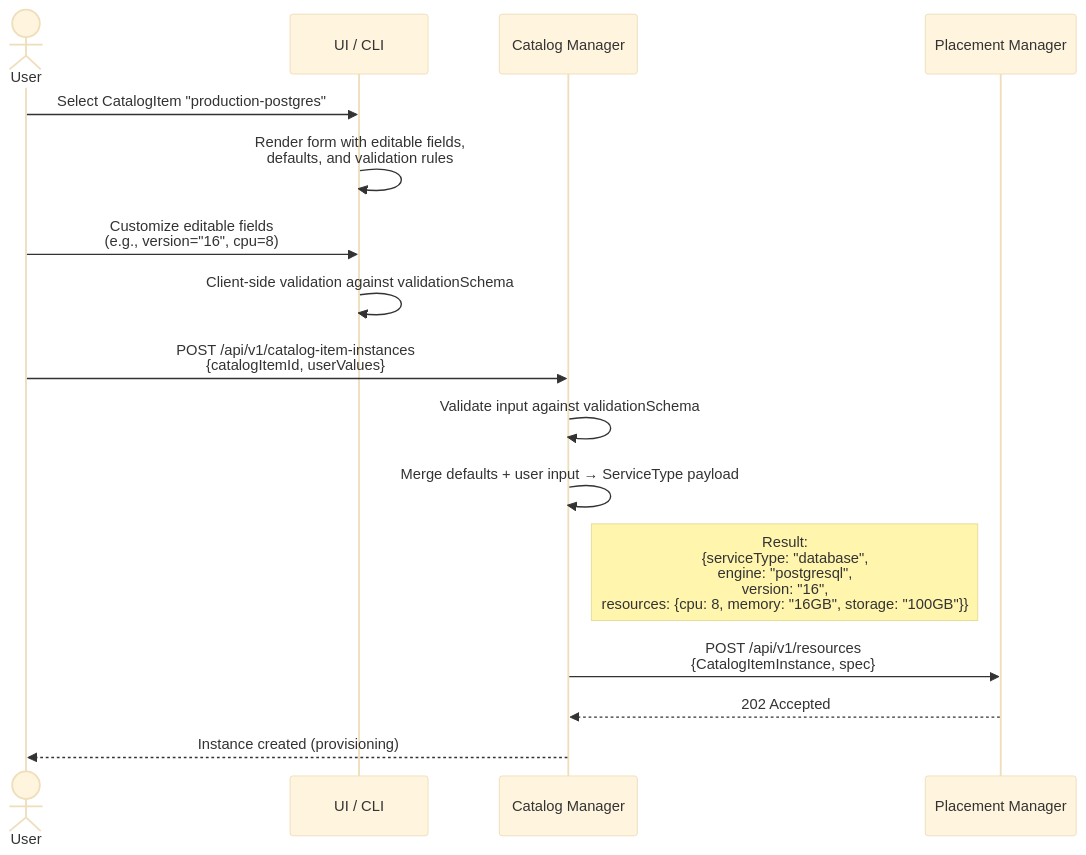
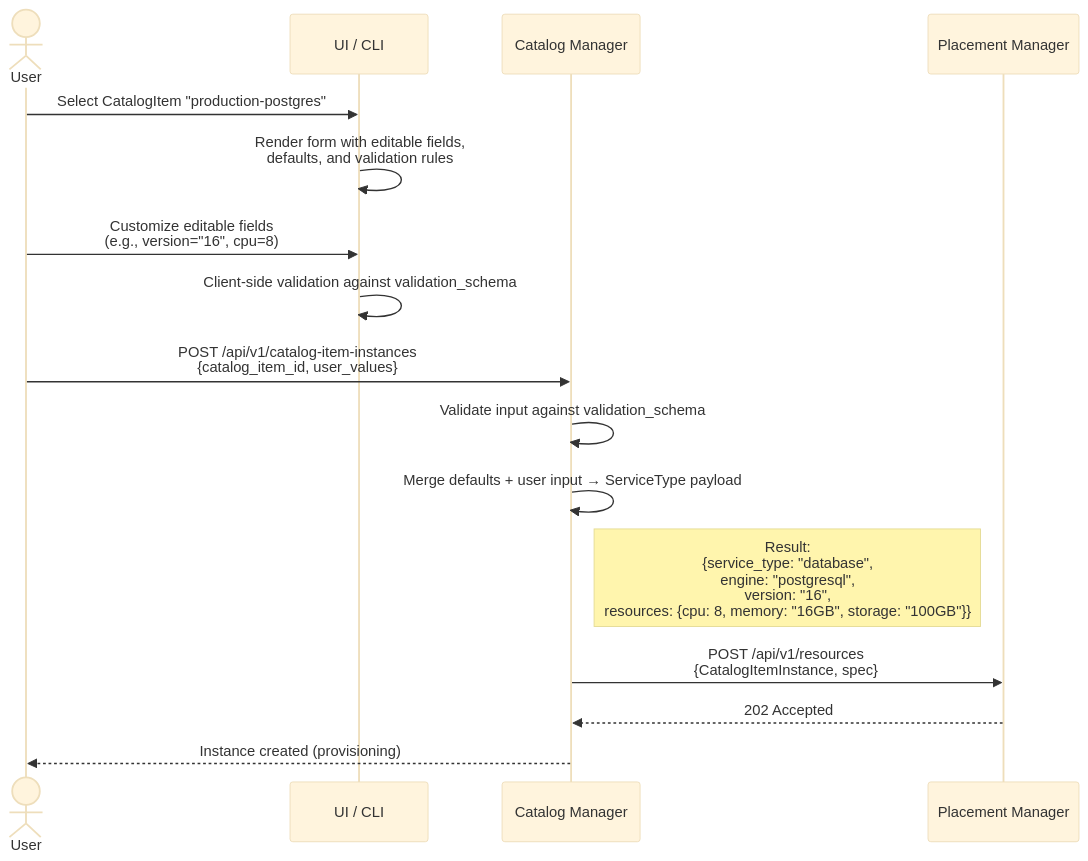
One commit to dcm-project/enhancements changed the sixth of 23 diagrams in enhancements/user-flows/user-flows.md. Above: the diagram before and after it, drawn with Mermaid (base theme). The commit also changed other lines of this file and 19 other files, not shown here.

````diff
--- a/enhancements/user-flows/user-flows.md
+++ b/enhancements/user-flows/user-flows.md
@@ -494,19 +494,19 @@
 ```mermaid
 sequenceDiagram
     actor User
     participant UI as UI / CLI
     participant CM as Catalog Manager
     participant PM as Placement Manager
 
     User->>UI: Select CatalogItem "production-postgres"
     UI->>UI: Render form with editable fields,<br/>defaults, and validation rules
     User->>UI: Customize editable fields<br/>(e.g., version="16", cpu=8)
-    UI->>UI: Client-side validation against validationSchema
-    User->>CM: POST /api/v1/catalog-item-instances<br/>{catalogItemId, userValues}
-    CM->>CM: Validate input against validationSchema
+    UI->>UI: Client-side validation against validation_schema
+    User->>CM: POST /api/v1/catalog-item-instances<br/>{catalog_item_id, user_values}
+    CM->>CM: Validate input against validation_schema
     CM->>CM: Merge defaults + user input → ServiceType payload
-    Note right of CM: Result:<br/>{serviceType: "database",<br/> engine: "postgresql",<br/> version: "16",<br/> resources: {cpu: 8, memory: "16GB", storage: "100GB"}}
+    Note right of CM: Result:<br/>{service_type: "database",<br/> engine: "postgresql",<br/> version: "16",<br/> resources: {cpu: 8, memory: "16GB", storage: "100GB"}}
     CM->>PM: POST /api/v1/resources<br/>{CatalogItemInstance, spec}
     PM-->>CM: 202 Accepted
     CM-->>User: Instance created (provisioning)
 ```
````
